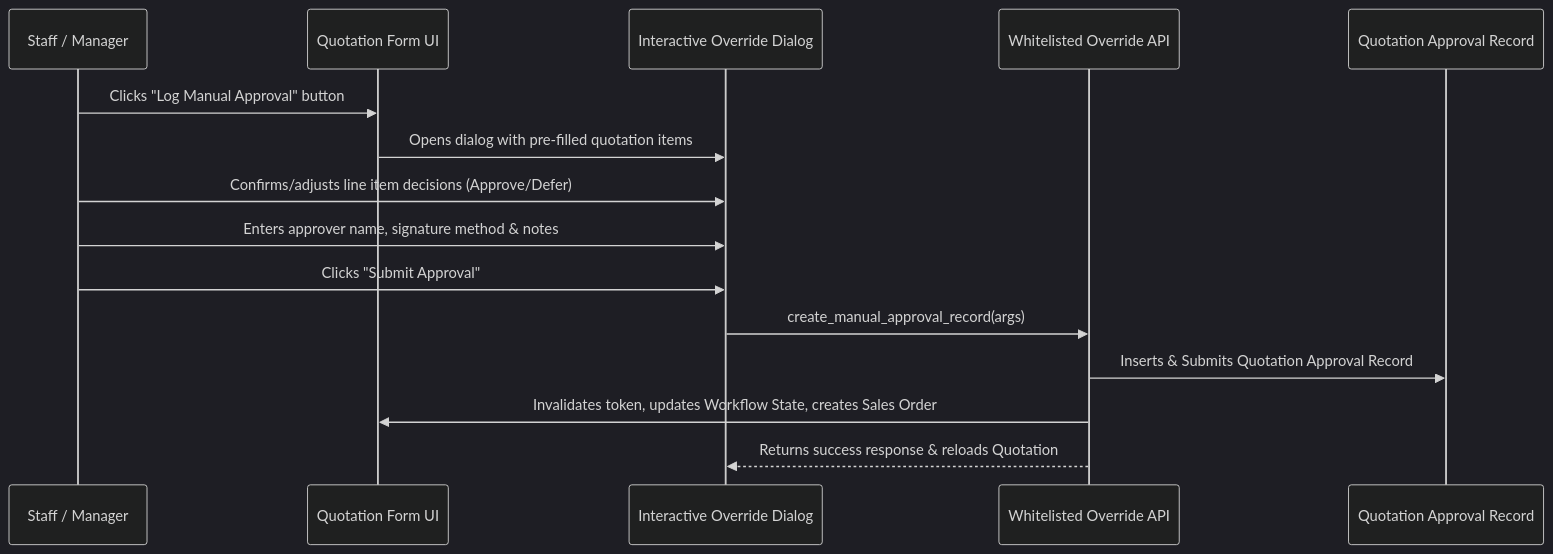
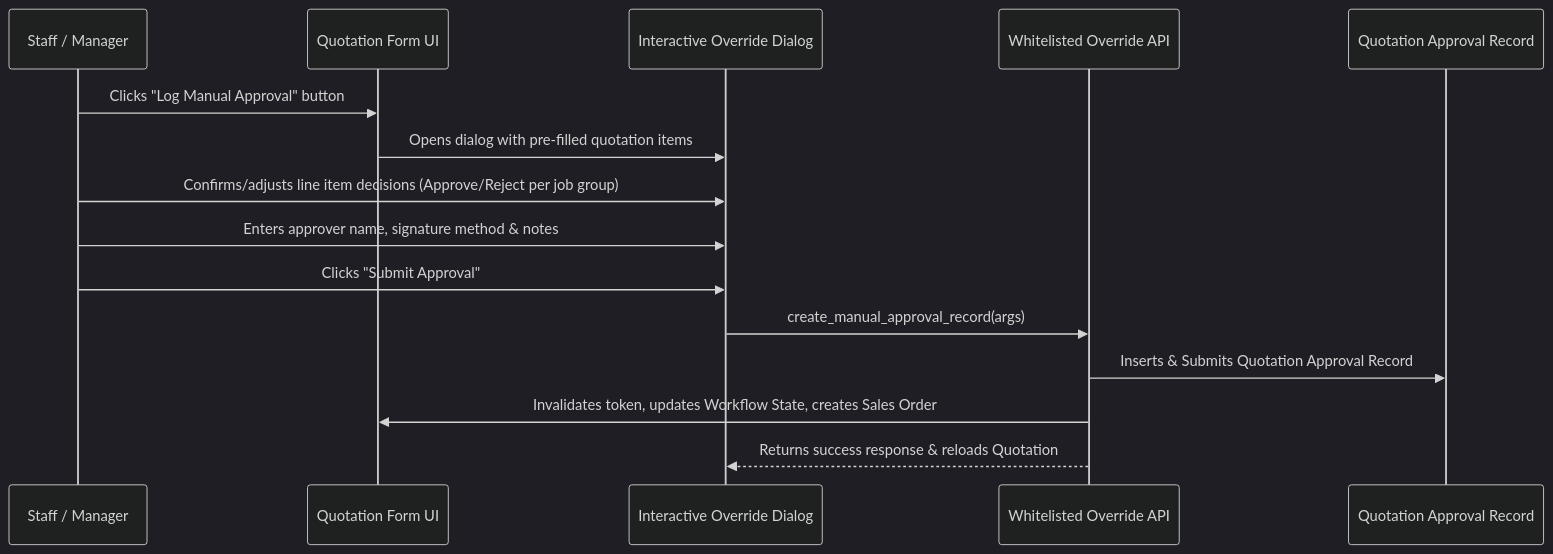
One commit to patricklai3/induct_shop changed the second of 6 diagrams in docs/development/quotation-approval-system-spec.md. Above: the diagram before and after it, drawn with Mermaid (dark theme). The commit also changed other lines of this file and 2 other files, not shown here.

````diff
--- a/docs/development/quotation-approval-system-spec.md
+++ b/docs/development/quotation-approval-system-spec.md
@@ -225,18 +227,18 @@
 ```mermaid
 sequenceDiagram
     participant S as Staff / Manager
     participant Q as Quotation Form UI
     participant D as Interactive Override Dialog
     participant API as Whitelisted Override API
     participant DB as Quotation Approval Record
 
     S->>Q: Clicks "Log Manual Approval" button
     Q->>D: Opens dialog with pre-filled quotation items
-    S->>D: Confirms/adjusts line item decisions (Approve/Defer)
+    S->>D: Confirms/adjusts line item decisions (Approve/Reject per job group)
     S->>D: Enters approver name, signature method & notes
     S->>D: Clicks "Submit Approval"
     D->>API: create_manual_approval_record(args)
     API->>DB: Inserts & Submits Quotation Approval Record
     API->>Q: Invalidates token, updates Workflow State, creates Sales Order
     API-->>D: Returns success response & reloads Quotation
 ```
````
